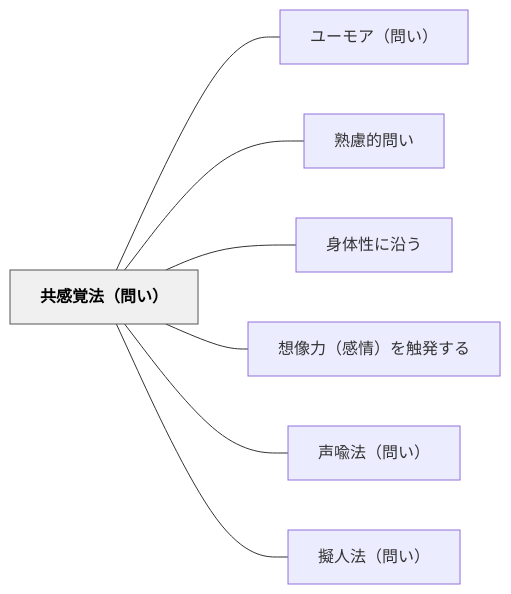
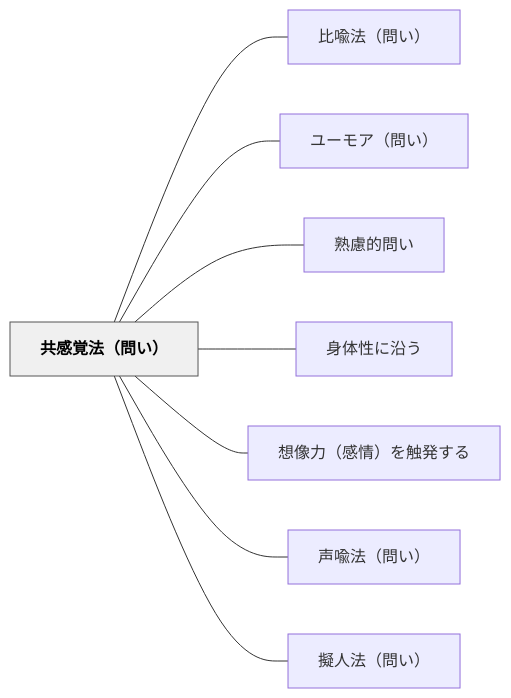
One commit to unknownthings-ed-patterns/unknownthings-ed-patterns changed the diagram in content/パタン/共感覚法（問い）.md. Above: the diagram before and after it, drawn with Mermaid. The commit also changed other lines of this file and 71 other files, not shown here.

````diff
--- a/content/パタン/共感覚法（問い）.md
+++ b/content/パタン/共感覚法（問い）.md
@@ -43,20 +44,22 @@
 ```mermaid
 flowchart LR
     ne585b1e6849fe8a69ae6b395efbc88e5958fe38184efbc89["共感覚法（問い）"]
+    ne6af94e596a9e6b395efbc88e5958fe38184efbc89["比喩法（問い）"]
     ne383a6e383bce383a2e382a2efbc88e5958fe38184efbc89["ユーモア（問い）"]
     ne7869fe685aee79a84e5958fe38184["熟慮的問い"]
     ne8baabe4bd93e680a7e381abe6b2bfe38186["身体性に沿う"]
     ne683b3e5838fe58a9befbc88e6849fe68385efbc89e38292e8a7a6e799bae38199e3828b["想像力（感情）を触発する"]
     ne5a3b0e596a9e6b395efbc88e5958fe38184efbc89["声喩法（問い）"]
     ne693ace4babae6b395efbc88e5958fe38184efbc89["擬人法（問い）"]
 
+    ne585b1e6849fe8a69ae6b395efbc88e5958fe38184efbc89 --- ne6af94e596a9e6b395efbc88e5958fe38184efbc89
     ne585b1e6849fe8a69ae6b395efbc88e5958fe38184efbc89 --- ne383a6e383bce383a2e382a2efbc88e5958fe38184efbc89
     ne585b1e6849fe8a69ae6b395efbc88e5958fe38184efbc89 --- ne7869fe685aee79a84e5958fe38184
     ne585b1e6849fe8a69ae6b395efbc88e5958fe38184efbc89 --- ne8baabe4bd93e680a7e381abe6b2bfe38186
     ne585b1e6849fe8a69ae6b395efbc88e5958fe38184efbc89 --- ne683b3e5838fe58a9befbc88e6849fe68385efbc89e38292e8a7a6e799bae38199e3828b
     ne585b1e6849fe8a69ae6b395efbc88e5958fe38184efbc89 --- ne5a3b0e596a9e6b395efbc88e5958fe38184efbc89
     ne585b1e6849fe8a69ae6b395efbc88e5958fe38184efbc89 --- ne693ace4babae6b395efbc88e5958fe38184efbc89
 
     classDef hub fill:#f0f0f0,stroke:#555,color:#000,font-weight:bold
     class ne585b1e6849fe8a69ae6b395efbc88e5958fe38184efbc89 hub
 ```
````
